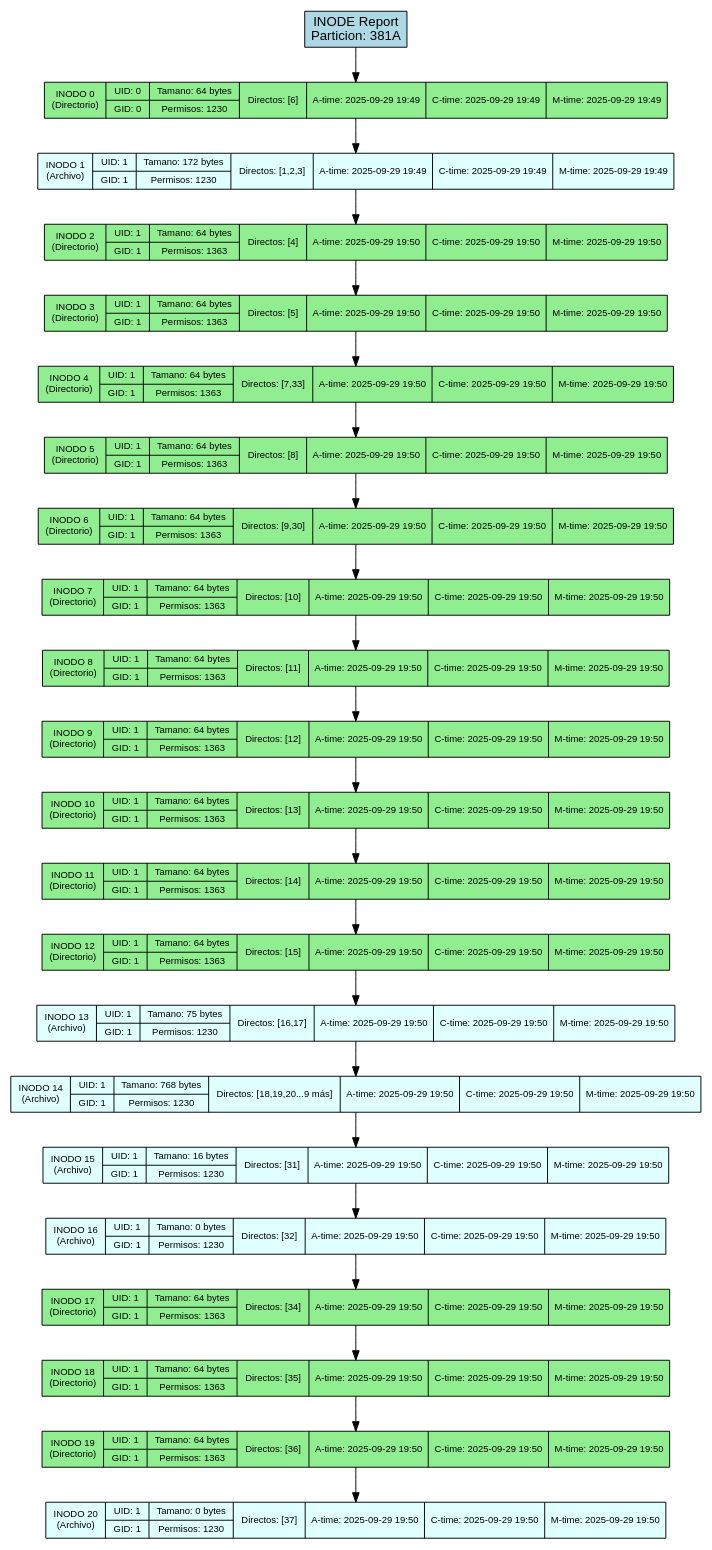
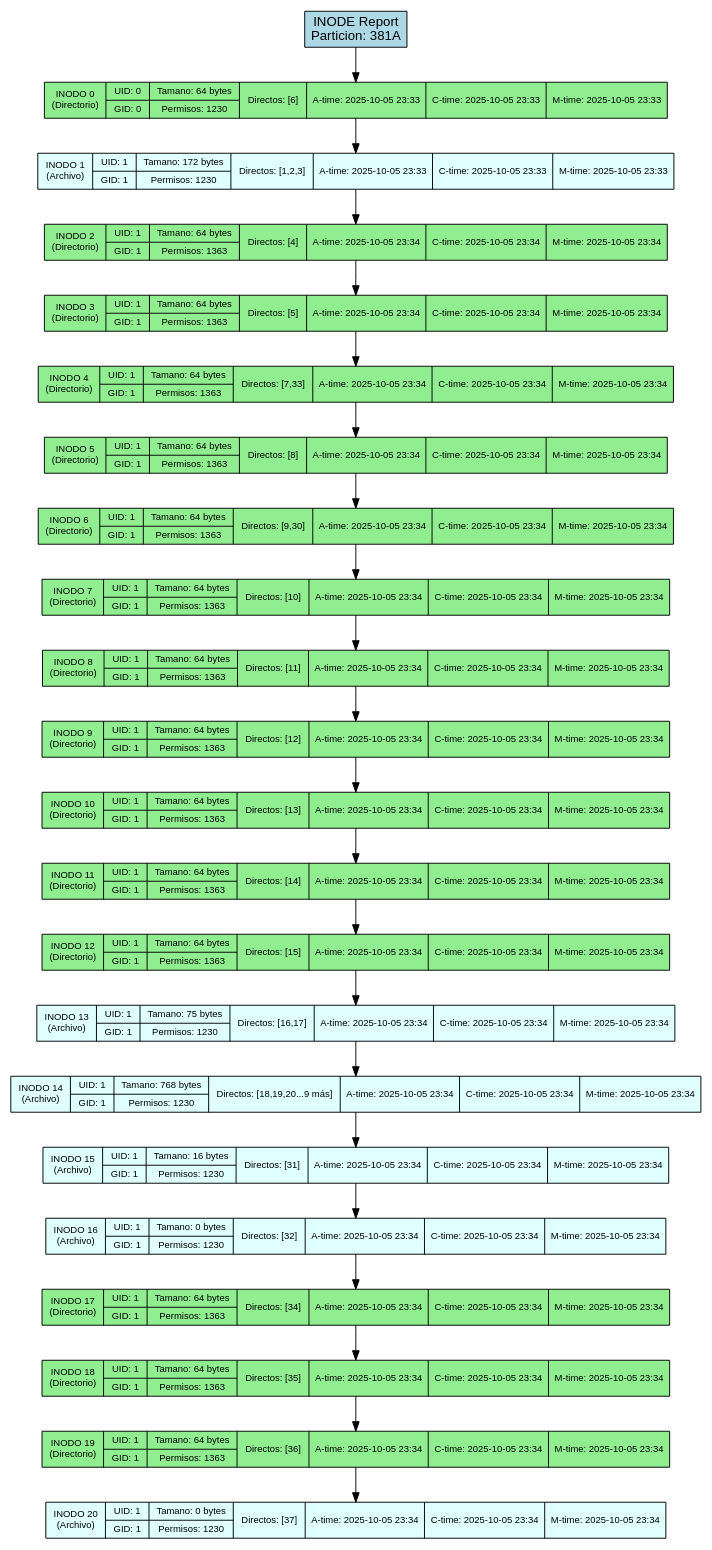
One commit to DiegVas/MIA_2S2025_P2_202300638 changed the diagram in backend/provider/reports/src/inode_381A.dot. Above: the diagram before and after it, drawn with Graphviz. The commit also changed 17 other files, not shown here.

```diff
--- a/backend/provider/reports/src/inode_381A.dot
+++ b/backend/provider/reports/src/inode_381A.dot
@@ -1,54 +1,54 @@
 digraph Inode_Report {
     rankdir=TB;
     node [shape=record, style=filled];
     graph [fontname="Arial", fontsize=12];
     node [fontname="Arial", fontsize=10];
     edge [fontname="Arial"];
 
     title [label="INODE Report\nParticion: 381A", fillcolor=lightblue, fontsize=14];
 
-    inode_0 [label="INODO 0\n(Directorio)|{UID: 0 | GID: 0}|{Tamano: 64 bytes | Permisos: 1230}|{Directos: [6]}|{A-time: 2025-09-29 19:49}|{C-time: 2025-09-29 19:49}|{M-time: 2025-09-29 19:49}", fillcolor=lightgreen];
-    inode_1 [label="INODO 1\n(Archivo)|{UID: 1 | GID: 1}|{Tamano: 172 bytes | Permisos: 1230}|{Directos: [1,2,3]}|{A-time: 2025-09-29 19:49}|{C-time: 2025-09-29 19:49}|{M-time: 2025-09-29 19:49}", fillcolor=lightcyan];
-    inode_2 [label="INODO 2\n(Directorio)|{UID: 1 | GID: 1}|{Tamano: 64 bytes | Permisos: 1363}|{Directos: [4]}|{A-time: 2025-09-29 19:50}|{C-time: 2025-09-29 19:50}|{M-time: 2025-09-29 19:50}", fillcolor=lightgreen];
-    inode_3 [label="INODO 3\n(Directorio)|{UID: 1 | GID: 1}|{Tamano: 64 bytes | Permisos: 1363}|{Directos: [5]}|{A-time: 2025-09-29 19:50}|{C-time: 2025-09-29 19:50}|{M-time: 2025-09-29 19:50}", fillcolor=lightgreen];
-    inode_4 [label="INODO 4\n(Directorio)|{UID: 1 | GID: 1}|{Tamano: 64 bytes | Permisos: 1363}|{Directos: [7,33]}|{A-time: 2025-09-29 19:50}|{C-time: 2025-09-29 19:50}|{M-time: 2025-09-29 19:50}", fillcolor=lightgreen];
-    inode_5 [label="INODO 5\n(Directorio)|{UID: 1 | GID: 1}|{Tamano: 64 bytes | Permisos: 1363}|{Directos: [8]}|{A-time: 2025-09-29 19:50}|{C-time: 2025-09-29 19:50}|{M-time: 2025-09-29 19:50}", fillcolor=lightgreen];
-    inode_6 [label="INODO 6\n(Directorio)|{UID: 1 | GID: 1}|{Tamano: 64 bytes | Permisos: 1363}|{Directos: [9,30]}|{A-time: 2025-09-29 19:50}|{C-time: 2025-09-29 19:50}|{M-time: 2025-09-29 19:50}", fillcolor=lightgreen];
-    inode_7 [label="INODO 7\n(Directorio)|{UID: 1 | GID: 1}|{Tamano: 64 bytes | Permisos: 1363}|{Directos: [10]}|{A-time: 2025-09-29 19:50}|{C-time: 2025-09-29 19:50}|{M-time: 2025-09-29 19:50}", fillcolor=lightgreen];
-    inode_8 [label="INODO 8\n(Directorio)|{UID: 1 | GID: 1}|{Tamano: 64 bytes | Permisos: 1363}|{Directos: [11]}|{A-time: 2025-09-29 19:50}|{C-time: 2025-09-29 19:50}|{M-time: 2025-09-29 19:50}", fillcolor=lightgreen];
-    inode_9 [label="INODO 9\n(Directorio)|{UID: 1 | GID: 1}|{Tamano: 64 bytes | Permisos: 1363}|{Directos: [12]}|{A-time: 2025-09-29 19:50}|{C-time: 2025-09-29 19:50}|{M-time: 2025-09-29 19:50}", fillcolor=lightgreen];
-    inode_10 [label="INODO 10\n(Directorio)|{UID: 1 | GID: 1}|{Tamano: 64 bytes | Permisos: 1363}|{Directos: [13]}|{A-time: 2025-09-29 19:50}|{C-time: 2025-09-29 19:50}|{M-time: 2025-09-29 19:50}", fillcolor=lightgreen];
-    inode_11 [label="INODO 11\n(Directorio)|{UID: 1 | GID: 1}|{Tamano: 64 bytes | Permisos: 1363}|{Directos: [14]}|{A-time: 2025-09-29 19:50}|{C-time: 2025-09-29 19:50}|{M-time: 2025-09-29 19:50}", fillcolor=lightgreen];
-    inode_12 [label="INODO 12\n(Directorio)|{UID: 1 | GID: 1}|{Tamano: 64 bytes | Permisos: 1363}|{Directos: [15]}|{A-time: 2025-09-29 19:50}|{C-time: 2025-09-29 19:50}|{M-time: 2025-09-29 19:50}", fillcolor=lightgreen];
-    inode_13 [label="INODO 13\n(Archivo)|{UID: 1 | GID: 1}|{Tamano: 75 bytes | Permisos: 1230}|{Directos: [16,17]}|{A-time: 2025-09-29 19:50}|{C-time: 2025-09-29 19:50}|{M-time: 2025-09-29 19:50}", fillcolor=lightcyan];
-    inode_14 [label="INODO 14\n(Archivo)|{UID: 1 | GID: 1}|{Tamano: 768 bytes | Permisos: 1230}|{Directos: [18,19,20...9 más]}|{A-time: 2025-09-29 19:50}|{C-time: 2025-09-29 19:50}|{M-time: 2025-09-29 19:50}", fillcolor=lightcyan];
-    inode_15 [label="INODO 15\n(Archivo)|{UID: 1 | GID: 1}|{Tamano: 16 bytes | Permisos: 1230}|{Directos: [31]}|{A-time: 2025-09-29 19:50}|{C-time: 2025-09-29 19:50}|{M-time: 2025-09-29 19:50}", fillcolor=lightcyan];
-    inode_16 [label="INODO 16\n(Archivo)|{UID: 1 | GID: 1}|{Tamano: 0 bytes | Permisos: 1230}|{Directos: [32]}|{A-time: 2025-09-29 19:50}|{C-time: 2025-09-29 19:50}|{M-time: 2025-09-29 19:50}", fillcolor=lightcyan];
-    inode_17 [label="INODO 17\n(Directorio)|{UID: 1 | GID: 1}|{Tamano: 64 bytes | Permisos: 1363}|{Directos: [34]}|{A-time: 2025-09-29 19:50}|{C-time: 2025-09-29 19:50}|{M-time: 2025-09-29 19:50}", fillcolor=lightgreen];
-    inode_18 [label="INODO 18\n(Directorio)|{UID: 1 | GID: 1}|{Tamano: 64 bytes | Permisos: 1363}|{Directos: [35]}|{A-time: 2025-09-29 19:50}|{C-time: 2025-09-29 19:50}|{M-time: 2025-09-29 19:50}", fillcolor=lightgreen];
-    inode_19 [label="INODO 19\n(Directorio)|{UID: 1 | GID: 1}|{Tamano: 64 bytes | Permisos: 1363}|{Directos: [36]}|{A-time: 2025-09-29 19:50}|{C-time: 2025-09-29 19:50}|{M-time: 2025-09-29 19:50}", fillcolor=lightgreen];
-    inode_20 [label="INODO 20\n(Archivo)|{UID: 1 | GID: 1}|{Tamano: 0 bytes | Permisos: 1230}|{Directos: [37]}|{A-time: 2025-09-29 19:50}|{C-time: 2025-09-29 19:50}|{M-time: 2025-09-29 19:50}", fillcolor=lightcyan];
+    inode_0 [label="INODO 0\n(Directorio)|{UID: 0 | GID: 0}|{Tamano: 64 bytes | Permisos: 1230}|{Directos: [6]}|{A-time: 2025-10-05 23:33}|{C-time: 2025-10-05 23:33}|{M-time: 2025-10-05 23:33}", fillcolor=lightgreen];
+    inode_1 [label="INODO 1\n(Archivo)|{UID: 1 | GID: 1}|{Tamano: 172 bytes | Permisos: 1230}|{Directos: [1,2,3]}|{A-time: 2025-10-05 23:33}|{C-time: 2025-10-05 23:33}|{M-time: 2025-10-05 23:33}", fillcolor=lightcyan];
+    inode_2 [label="INODO 2\n(Directorio)|{UID: 1 | GID: 1}|{Tamano: 64 bytes | Permisos: 1363}|{Directos: [4]}|{A-time: 2025-10-05 23:34}|{C-time: 2025-10-05 23:34}|{M-time: 2025-10-05 23:34}", fillcolor=lightgreen];
+    inode_3 [label="INODO 3\n(Directorio)|{UID: 1 | GID: 1}|{Tamano: 64 bytes | Permisos: 1363}|{Directos: [5]}|{A-time: 2025-10-05 23:34}|{C-time: 2025-10-05 23:34}|{M-time: 2025-10-05 23:34}", fillcolor=lightgreen];
+    inode_4 [label="INODO 4\n(Directorio)|{UID: 1 | GID: 1}|{Tamano: 64 bytes | Permisos: 1363}|{Directos: [7,33]}|{A-time: 2025-10-05 23:34}|{C-time: 2025-10-05 23:34}|{M-time: 2025-10-05 23:34}", fillcolor=lightgreen];
+    inode_5 [label="INODO 5\n(Directorio)|{UID: 1 | GID: 1}|{Tamano: 64 bytes | Permisos: 1363}|{Directos: [8]}|{A-time: 2025-10-05 23:34}|{C-time: 2025-10-05 23:34}|{M-time: 2025-10-05 23:34}", fillcolor=lightgreen];
+    inode_6 [label="INODO 6\n(Directorio)|{UID: 1 | GID: 1}|{Tamano: 64 bytes | Permisos: 1363}|{Directos: [9,30]}|{A-time: 2025-10-05 23:34}|{C-time: 2025-10-05 23:34}|{M-time: 2025-10-05 23:34}", fillcolor=lightgreen];
+    inode_7 [label="INODO 7\n(Directorio)|{UID: 1 | GID: 1}|{Tamano: 64 bytes | Permisos: 1363}|{Directos: [10]}|{A-time: 2025-10-05 23:34}|{C-time: 2025-10-05 23:34}|{M-time: 2025-10-05 23:34}", fillcolor=lightgreen];
+    inode_8 [label="INODO 8\n(Directorio)|{UID: 1 | GID: 1}|{Tamano: 64 bytes | Permisos: 1363}|{Directos: [11]}|{A-time: 2025-10-05 23:34}|{C-time: 2025-10-05 23:34}|{M-time: 2025-10-05 23:34}", fillcolor=lightgreen];
+    inode_9 [label="INODO 9\n(Directorio)|{UID: 1 | GID: 1}|{Tamano: 64 bytes | Permisos: 1363}|{Directos: [12]}|{A-time: 2025-10-05 23:34}|{C-time: 2025-10-05 23:34}|{M-time: 2025-10-05 23:34}", fillcolor=lightgreen];
+    inode_10 [label="INODO 10\n(Directorio)|{UID: 1 | GID: 1}|{Tamano: 64 bytes | Permisos: 1363}|{Directos: [13]}|{A-time: 2025-10-05 23:34}|{C-time: 2025-10-05 23:34}|{M-time: 2025-10-05 23:34}", fillcolor=lightgreen];
+    inode_11 [label="INODO 11\n(Directorio)|{UID: 1 | GID: 1}|{Tamano: 64 bytes | Permisos: 1363}|{Directos: [14]}|{A-time: 2025-10-05 23:34}|{C-time: 2025-10-05 23:34}|{M-time: 2025-10-05 23:34}", fillcolor=lightgreen];
+    inode_12 [label="INODO 12\n(Directorio)|{UID: 1 | GID: 1}|{Tamano: 64 bytes | Permisos: 1363}|{Directos: [15]}|{A-time: 2025-10-05 23:34}|{C-time: 2025-10-05 23:34}|{M-time: 2025-10-05 23:34}", fillcolor=lightgreen];
+    inode_13 [label="INODO 13\n(Archivo)|{UID: 1 | GID: 1}|{Tamano: 75 bytes | Permisos: 1230}|{Directos: [16,17]}|{A-time: 2025-10-05 23:34}|{C-time: 2025-10-05 23:34}|{M-time: 2025-10-05 23:34}", fillcolor=lightcyan];
+    inode_14 [label="INODO 14\n(Archivo)|{UID: 1 | GID: 1}|{Tamano: 768 bytes | Permisos: 1230}|{Directos: [18,19,20...9 más]}|{A-time: 2025-10-05 23:34}|{C-time: 2025-10-05 23:34}|{M-time: 2025-10-05 23:34}", fillcolor=lightcyan];
+    inode_15 [label="INODO 15\n(Archivo)|{UID: 1 | GID: 1}|{Tamano: 16 bytes | Permisos: 1230}|{Directos: [31]}|{A-time: 2025-10-05 23:34}|{C-time: 2025-10-05 23:34}|{M-time: 2025-10-05 23:34}", fillcolor=lightcyan];
+    inode_16 [label="INODO 16\n(Archivo)|{UID: 1 | GID: 1}|{Tamano: 0 bytes | Permisos: 1230}|{Directos: [32]}|{A-time: 2025-10-05 23:34}|{C-time: 2025-10-05 23:34}|{M-time: 2025-10-05 23:34}", fillcolor=lightcyan];
+    inode_17 [label="INODO 17\n(Directorio)|{UID: 1 | GID: 1}|{Tamano: 64 bytes | Permisos: 1363}|{Directos: [34]}|{A-time: 2025-10-05 23:34}|{C-time: 2025-10-05 23:34}|{M-time: 2025-10-05 23:34}", fillcolor=lightgreen];
+    inode_18 [label="INODO 18\n(Directorio)|{UID: 1 | GID: 1}|{Tamano: 64 bytes | Permisos: 1363}|{Directos: [35]}|{A-time: 2025-10-05 23:34}|{C-time: 2025-10-05 23:34}|{M-time: 2025-10-05 23:34}", fillcolor=lightgreen];
+    inode_19 [label="INODO 19\n(Directorio)|{UID: 1 | GID: 1}|{Tamano: 64 bytes | Permisos: 1363}|{Directos: [36]}|{A-time: 2025-10-05 23:34}|{C-time: 2025-10-05 23:34}|{M-time: 2025-10-05 23:34}", fillcolor=lightgreen];
+    inode_20 [label="INODO 20\n(Archivo)|{UID: 1 | GID: 1}|{Tamano: 0 bytes | Permisos: 1230}|{Directos: [37]}|{A-time: 2025-10-05 23:34}|{C-time: 2025-10-05 23:34}|{M-time: 2025-10-05 23:34}", fillcolor=lightcyan];
 
     // Conexiones de la lista enlazada
     title -> inode_0;
     inode_0 -> inode_1;
     inode_1 -> inode_2;
     inode_2 -> inode_3;
     inode_3 -> inode_4;
     inode_4 -> inode_5;
     inode_5 -> inode_6;
     inode_6 -> inode_7;
     inode_7 -> inode_8;
     inode_8 -> inode_9;
     inode_9 -> inode_10;
     inode_10 -> inode_11;
     inode_11 -> inode_12;
     inode_12 -> inode_13;
     inode_13 -> inode_14;
     inode_14 -> inode_15;
     inode_15 -> inode_16;
     inode_16 -> inode_17;
     inode_17 -> inode_18;
     inode_18 -> inode_19;
     inode_19 -> inode_20;
 }
```
